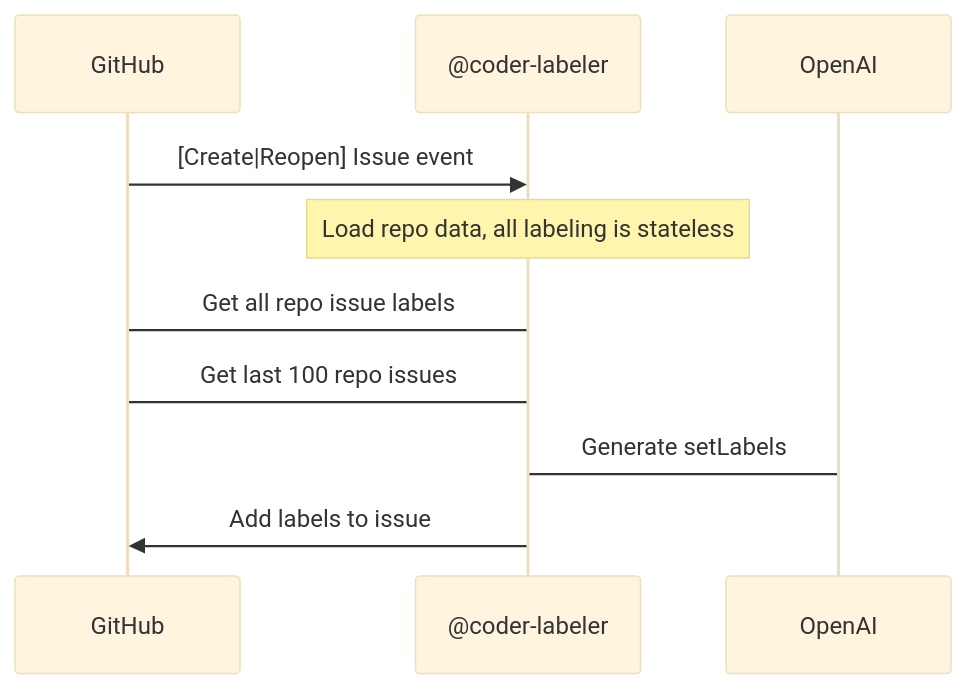
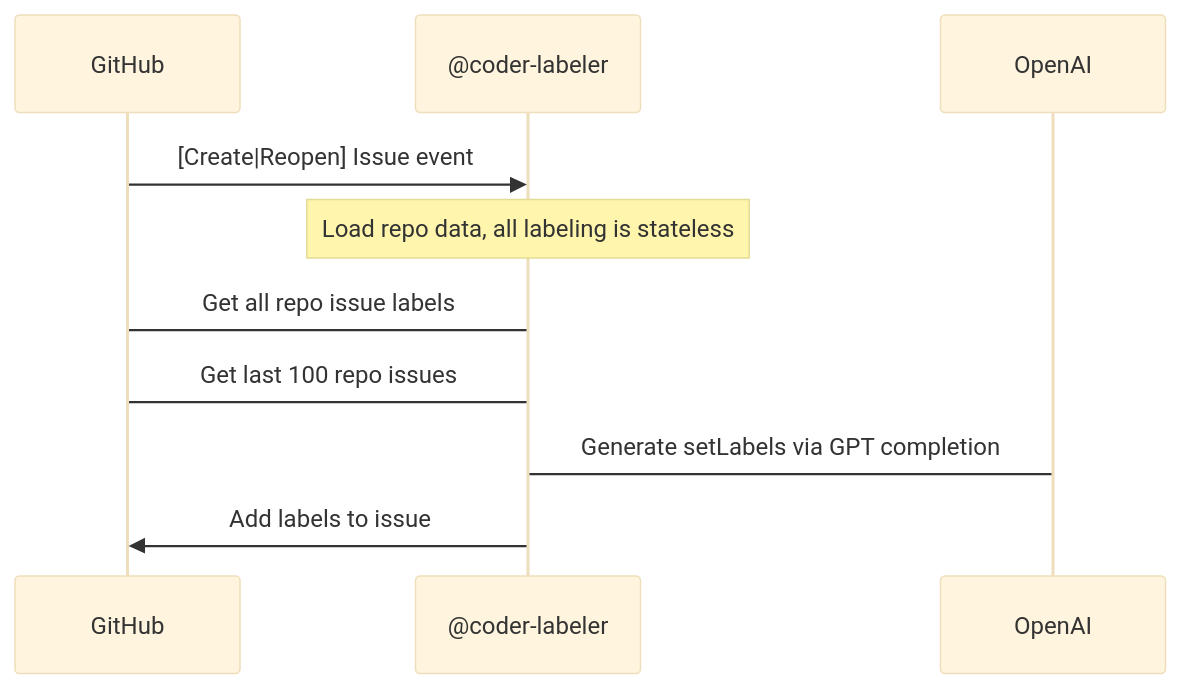
One commit to coder/labeler changed the diagram in README.md. Above: the diagram before and after it, drawn with Mermaid (base theme). The commit also changed 8 other files, not shown here.

````diff
--- a/README.md
+++ b/README.md
@@ -20,12 +20,12 @@
 ```mermaid
 sequenceDiagram
     participant GitHub
     participant Labeler as @coder-labeler 
     participant AI as OpenAI
     GitHub->>Labeler: [Create|Reopen] Issue event
     note over Labeler: Load repo data, all labeling is stateless
     Labeler->GitHub: Get all repo issue labels
     Labeler->GitHub: Get last 100 repo issues
-    Labeler->AI: Generate setLabels
+    Labeler->AI: Generate setLabels via GPT completion
     Labeler ->> GitHub: Add labels to issue
 ```
````
